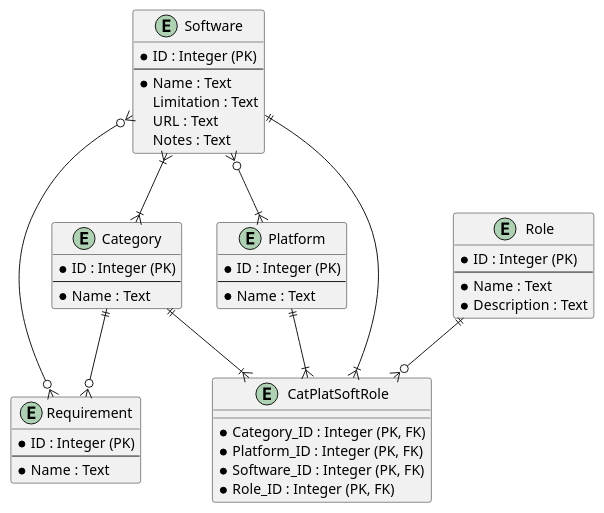
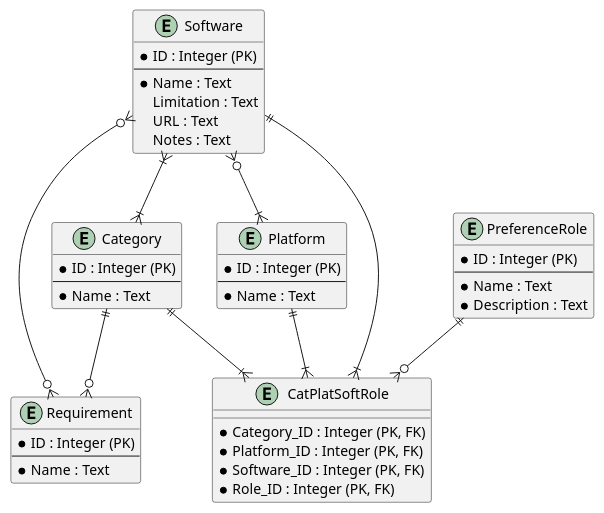
The diagram in SoftwareList/Model/ERD.pu (ATquode/PreferredSoftwareList), drawn with PlantUML before and after one commit. The commit also changed other lines of this file and 2 other files, not shown here.

Commit message:
Change Role to PreferenceRole in ER Diagram
apply cmake-format
ensure reuse compliance

```diff
--- a/SoftwareList/Model/ERD.pu
+++ b/SoftwareList/Model/ERD.pu
@@ -1,60 +5,60 @@
 @startuml ER Diagram
 
 ' skinparam Linetype ortho
 
 ' Zero or One |o--
 ' Exactly One ||--
 ' Zero or Many }o--
 ' One or Many }|--
 
 entity Software {
 	* ID : Integer (PK)
 	--
 	* Name : Text
 	Limitation : Text
 	URL : Text
 	Notes : Text
 }
 
 entity Category {
 	* ID : Integer (PK)
 	--
 	* Name : Text
 }
 
 entity Platform {
 	* ID : Integer (PK)
 	--
 	* Name : Text
 }
 
-entity Role {
+entity PreferenceRole {
 	* ID : Integer (PK)
 	--
 	* Name : Text
 	* Description : Text
 }
 
 entity Requirement {
 	* ID : Integer (PK)
 	--
 	* Name : Text
 }
 ' can be normalized
 entity CatPlatSoftRole {
 	* Category_ID : Integer (PK, FK)
 	* Platform_ID : Integer (PK, FK)
 	* Software_ID : Integer (PK, FK)
 	* Role_ID : Integer (PK, FK)
 }
 
 Software }|--|{ Category
 Software }o--|{ Platform
 Software ||--|{ CatPlatSoftRole
 Category ||--|{ CatPlatSoftRole
 Platform ||--|{ CatPlatSoftRole
-Role ||--o{ CatPlatSoftRole
+PreferenceRole ||--o{ CatPlatSoftRole
 Category ||--o{ Requirement
 Software }o--o{ Requirement
 
 @enduml
```
